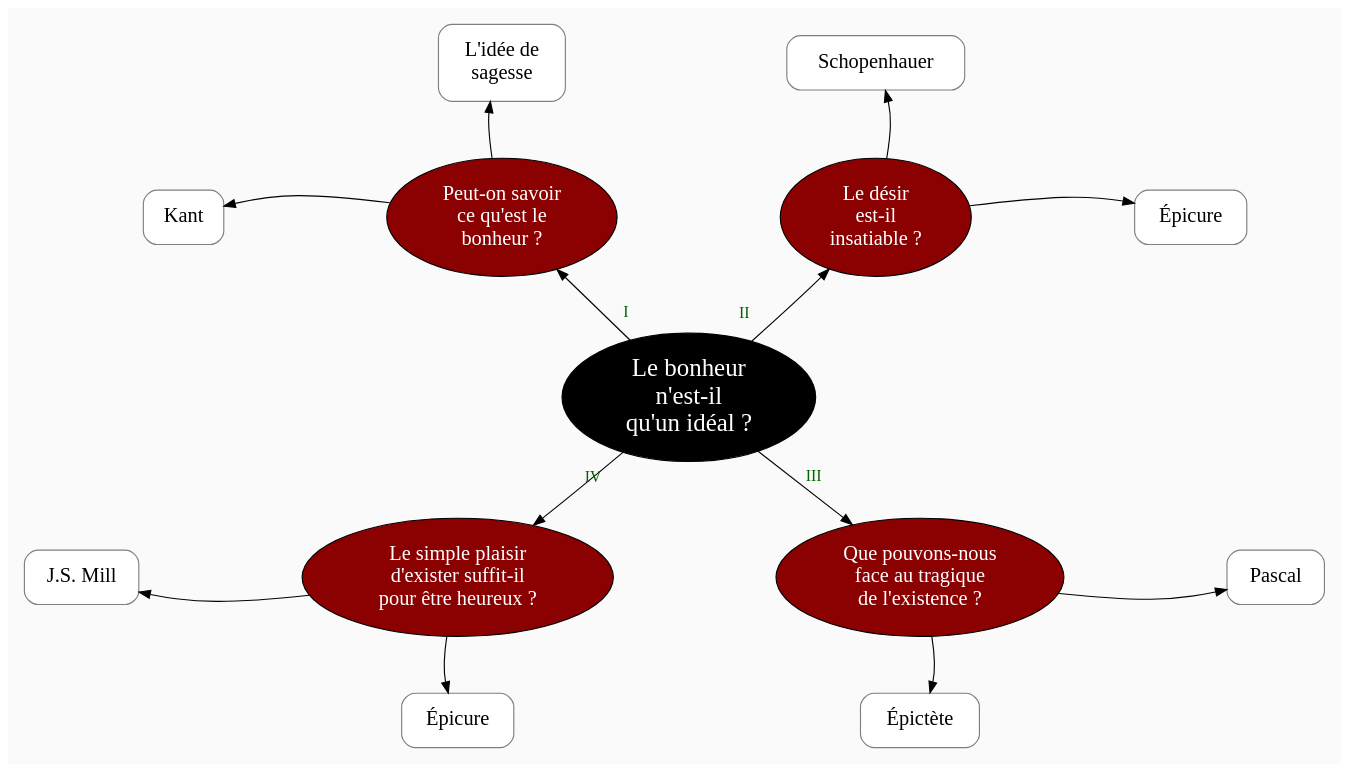
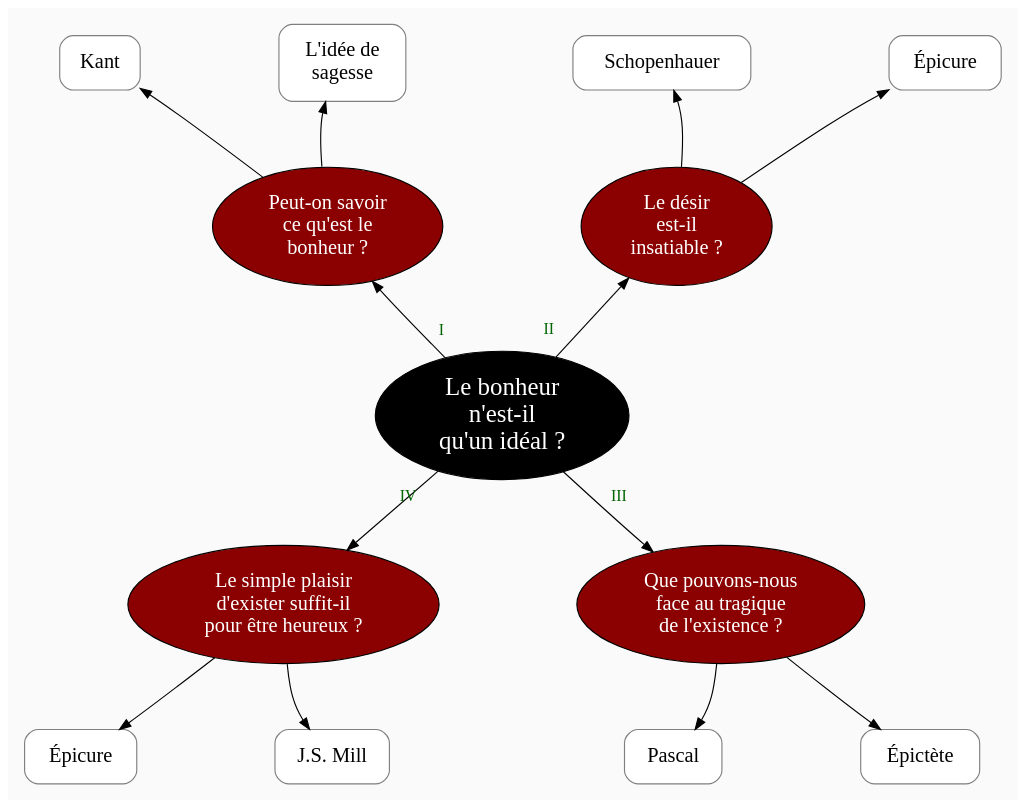
One commit to eyssette/graphviz-examples changed the diagram in plans/test-plan-2.dot. Above: the diagram before and after it, drawn with Graphviz. The commit also changed 1 other file, not shown here.

```diff
--- a/plans/test-plan-2.dot
+++ b/plans/test-plan-2.dot
@@ -1,69 +1,69 @@
 digraph G {
 pad=0.2
 splines=curved
-nodesep=2
-ranksep=0.7
+nodesep=1.7
+ranksep=0.8
 bgcolor=grey98
 
 node[style=filled, fontcolor=white, fillcolor=black]
 N[label="Le bonheur
 n'est-il
 qu'un idéal ?", fontsize=22]
 
 node[style="rounded, filled", shape=oval, margin=0.1, fillcolor=red4, penwidth=1, fontsize=18, fontcolor=white]
 a->N[dir=back,headlabel=<<FONT color="darkgreen">I<BR/><BR/></FONT>>]
 c->N[dir=back,headlabel=<<FONT color="darkgreen">II<BR/><BR/></FONT>>]
 N->b[taillabel=<<FONT color="darkgreen"><BR/>            III</FONT>>]
 N->d[taillabel=<<FONT color="darkgreen"><BR/>IV    </FONT>>]
 
 
 {rank=same
 a->c[style=invis]
 }
 
 {rank=same
 d->b[style=invis]
 }
 
 
 // edge[style=invis]
 
 
 
 a[label="Peut-on savoir
 ce qu'est le
 bonheur ?"]
 c[label="Le désir
 est-il
 insatiable ?"]
 b[label="Que pouvons-nous
 face au tragique
 de l'existence ?"]
 d[label="Le simple plaisir
 d'exister suffit-il
 pour être heureux ?"]
 
 
 node [shape=box,style="filled,rounded",fillcolor=white,fontcolor=black,color=grey50, margin=0.2]
 
-{rank=same;a1->a[dir=back]}
+a1->a[dir=back]
 a2->a[dir=back]
 c1->c[dir=back]
-{rank=same;c->c2}
-{rank=same;b->b1}
+c2->c[dir=back]
+b->b1
 b->b2
-{rank=same;d1->d[dir=back]}
+d->d1
 d->d2
 
 
 a1[label="Kant"]
 a2[label="L'idée de
 sagesse"]
 b1[label="Pascal"]
 b2[label="Épictète"]
 c1[label="Schopenhauer"]
 c2[label="Épicure"]
-d2[label="Épicure"]
-d1[label="J.S. Mill"]
+d1[label="Épicure"]
+d2[label="J.S. Mill"]
 
 }
```
